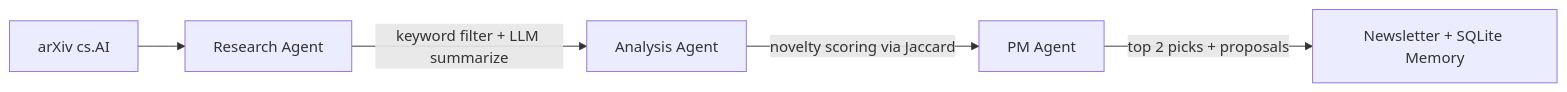
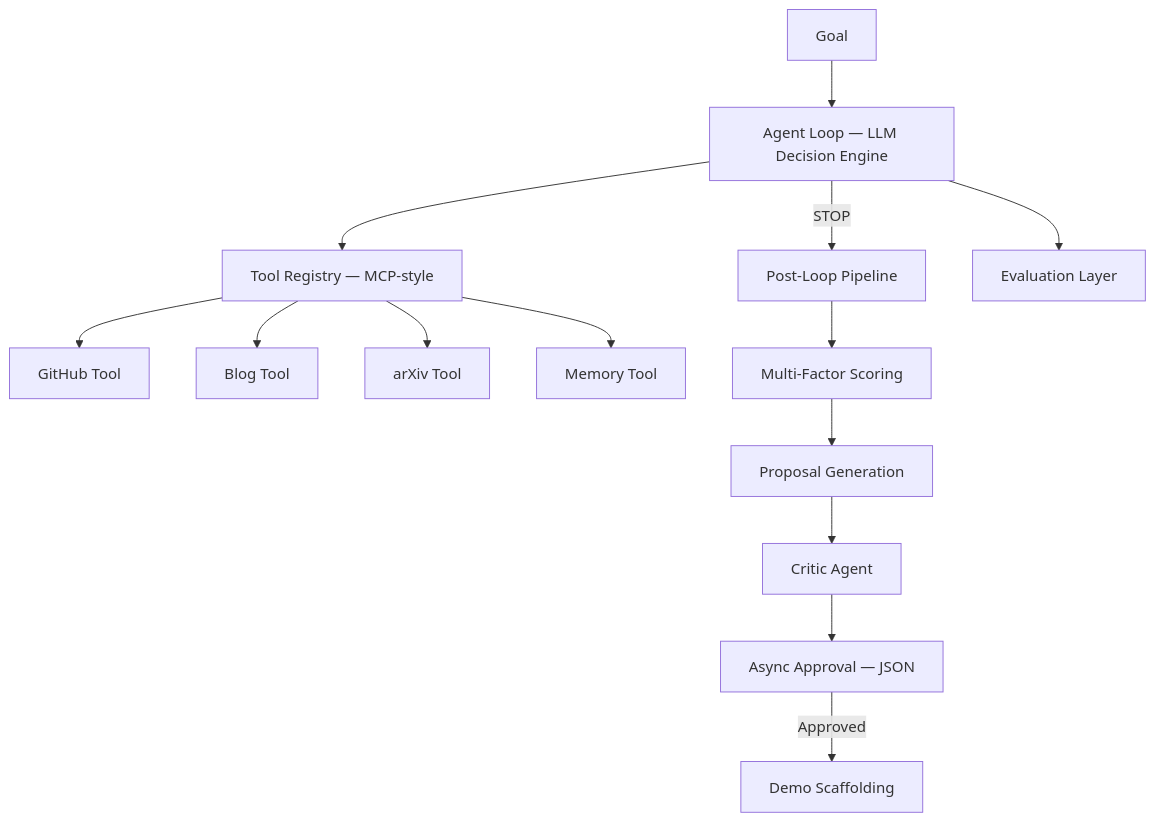
The diagram in README.md (TanuMedi/ai-research-desk), drawn with Mermaid before and after one commit. The commit also changed other lines of this file and 22 other files, not shown here.

````diff
--- a/README.md
+++ b/README.md
@@ -9,7 +9,18 @@
 ```mermaid
-graph LR
-    A[arXiv cs.AI] --> B[Research Agent]
-    B -->|keyword filter + LLM summarize| C[Analysis Agent]
-    C -->|novelty scoring via Jaccard| D[PM Agent]
-    D -->|top 2 picks + proposals| E[Newsletter + SQLite Memory]
+graph TD
+    A[Goal] --> B[Agent Loop — LLM Decision Engine]
+    B --> C[Tool Registry — MCP-style]
+    C --> D[GitHub Tool]
+    C --> E[Blog Tool]
+    C --> F[arXiv Tool]
+    C --> G[Memory Tool]
+
+    B -->|STOP| H[Post-Loop Pipeline]
+    H --> I[Multi-Factor Scoring]
+    I --> J[Proposal Generation]
+    J --> K[Critic Agent]
+    K --> L[Async Approval — JSON]
+    L -->|Approved| M[Demo Scaffolding]
+
+    B --> N[Evaluation Layer]
 ```
````
